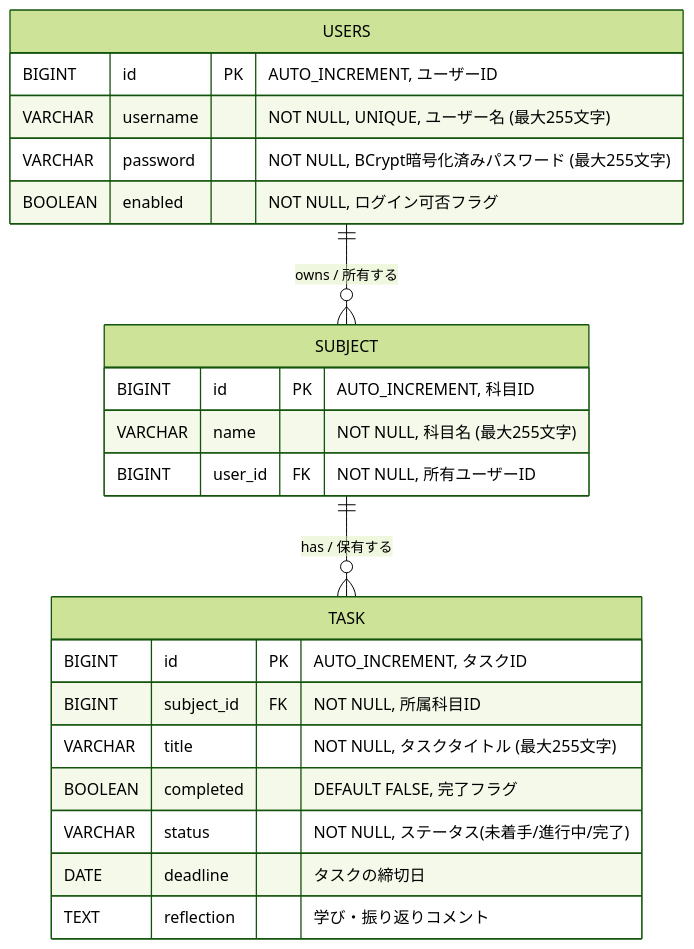
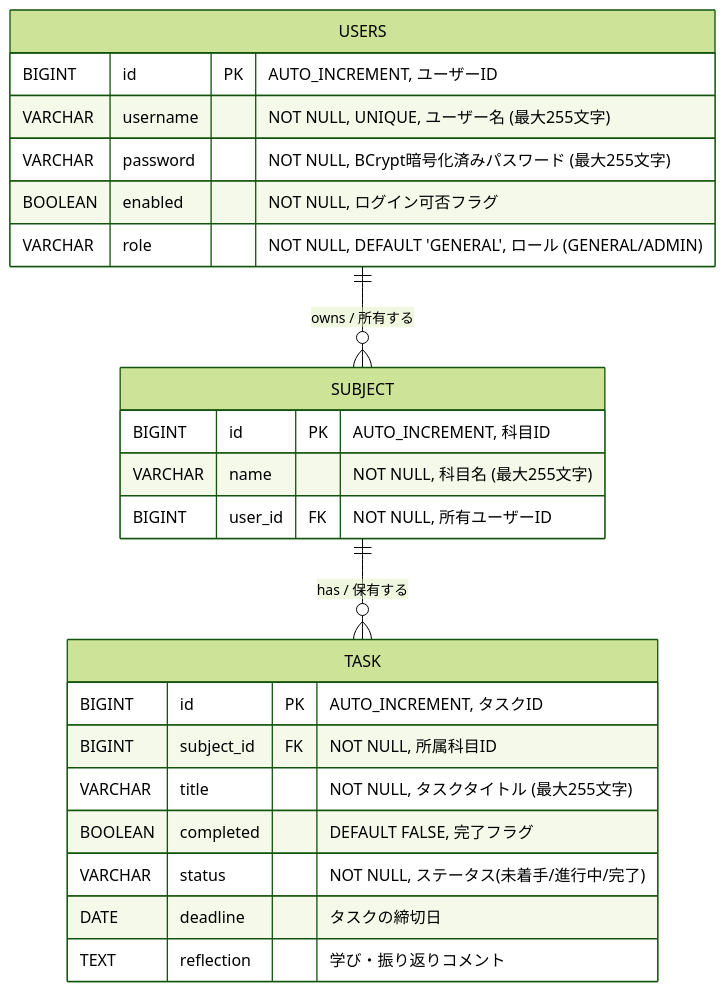
The diagram in docs/er-diagram.md (taidonn1216/java-study-tracker), drawn with Mermaid (forest theme) before and after one commit. The commit also changed other lines of this file and 11 other files, not shown here.

Commit message:
feat: ロールベースアクセス制御 (ADMIN/GENERAL) を実装

````diff
--- a/docs/er-diagram.md
+++ b/docs/er-diagram.md
@@ -17,27 +17,28 @@
 ```mermaid
 erDiagram
      USERS {
         BIGINT id PK "AUTO_INCREMENT, ユーザーID"
         VARCHAR username "NOT NULL, UNIQUE, ユーザー名 (最大255文字)"
         VARCHAR password "NOT NULL, BCrypt暗号化済みパスワード (最大255文字)"
         BOOLEAN enabled "NOT NULL, ログイン可否フラグ"
+        VARCHAR role "NOT NULL, DEFAULT 'GENERAL', ロール (GENERAL/ADMIN)"
     }
 
     SUBJECT {
         BIGINT id PK "AUTO_INCREMENT, 科目ID"
         VARCHAR name "NOT NULL, 科目名 (最大255文字)"
         BIGINT user_id FK "NOT NULL, 所有ユーザーID"
     }
 
     TASK {
         BIGINT id PK "AUTO_INCREMENT, タスクID"
         BIGINT subject_id FK "NOT NULL, 所属科目ID"
         VARCHAR title "NOT NULL, タスクタイトル (最大255文字)"
         BOOLEAN completed "DEFAULT FALSE, 完了フラグ"
         VARCHAR status "NOT NULL, ステータス(未着手/進行中/完了)"
         DATE deadline "タスクの締切日"
         TEXT reflection "学び・振り返りコメント"
     }
     USERS ||--o{ SUBJECT : "owns / 所有する"
     SUBJECT ||--o{ TASK : "has / 保有する"
 ```
````
